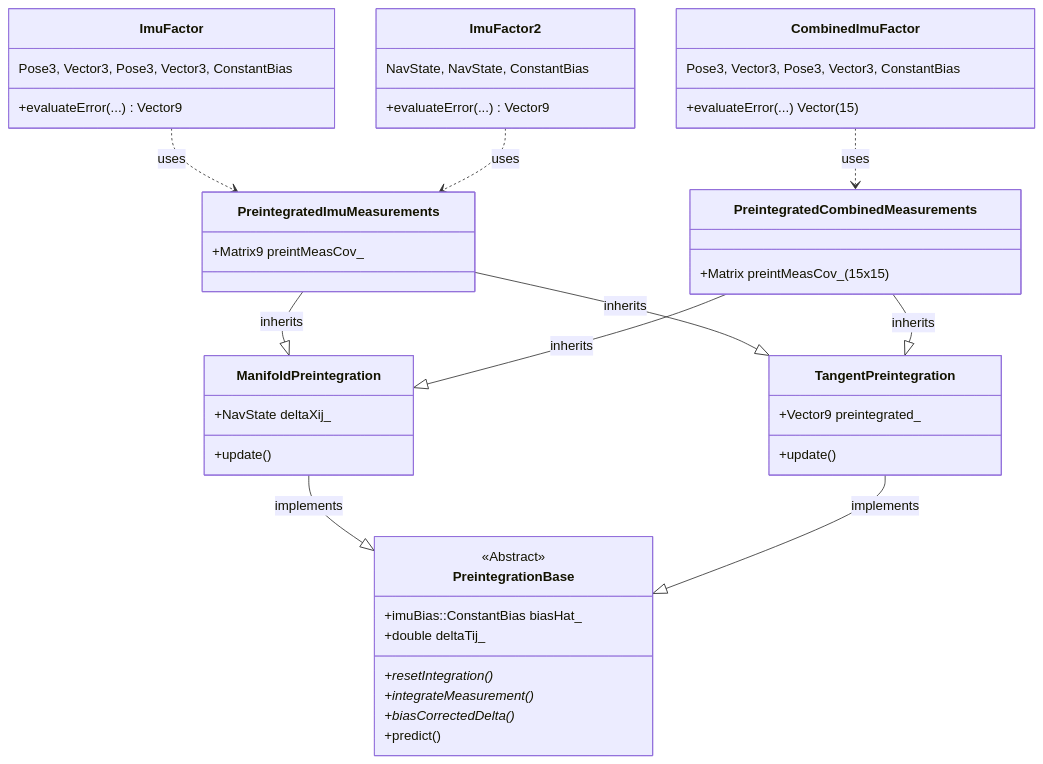
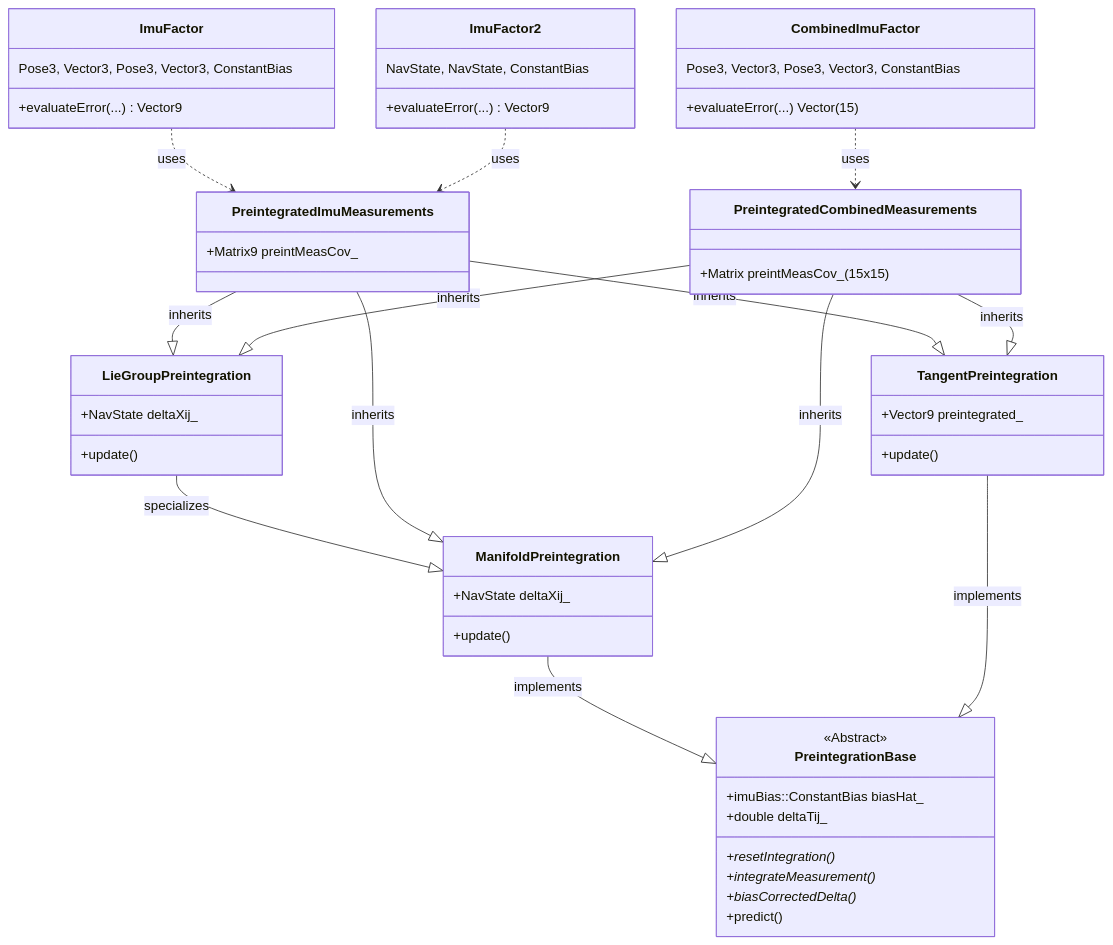
Before and after one commit to borglab/gtsam: the second of 3 diagrams in gtsam/navigation/navigation.md, drawn with Mermaid. The commit also changed other lines of this file and 16 other files, not shown here.

Commit message:
Wire Lie preintegration into factors, configuration, tests, and docs

````diff
--- a/gtsam/navigation/navigation.md
+++ b/gtsam/navigation/navigation.md
@@ -106,56 +109,64 @@
 ```mermaid
 classDiagram
     direction TD
 
     class PreintegrationBase {
         <<Abstract>>
         +imuBias::ConstantBias biasHat_
         +double deltaTij_
         +resetIntegration()*
         +integrateMeasurement()*
         +biasCorrectedDelta()*
         +predict()
     }
 
     class ManifoldPreintegration {
         +NavState deltaXij_
         +update()
     }
     ManifoldPreintegration --|> PreintegrationBase : implements
 
     class TangentPreintegration {
         +Vector9 preintegrated_
         +update()
     }
     TangentPreintegration --|> PreintegrationBase : implements
 
+    class LieGroupPreintegration {
+        +NavState deltaXij_
+        +update()
+    }
+    LieGroupPreintegration --|> ManifoldPreintegration : specializes
+
     class PreintegratedImuMeasurements {
         +Matrix9 preintMeasCov_
     }
     PreintegratedImuMeasurements --|> ManifoldPreintegration : inherits
     PreintegratedImuMeasurements --|> TangentPreintegration : inherits
+    PreintegratedImuMeasurements --|> LieGroupPreintegration : inherits
 
     class PreintegratedCombinedMeasurements {
        +Matrix preintMeasCov_ (15x15)
     }
     PreintegratedCombinedMeasurements --|> ManifoldPreintegration : inherits
     PreintegratedCombinedMeasurements --|> TangentPreintegration : inherits
+    PreintegratedCombinedMeasurements --|> LieGroupPreintegration : inherits
 
     class ImuFactor {
         Pose3, Vector3, Pose3, Vector3, ConstantBias
         +evaluateError(...) Vector9
     }
     ImuFactor ..> PreintegratedImuMeasurements : uses
     class ImuFactor2 {
         NavState, NavState, ConstantBias
         +evaluateError(...) Vector9
     }
     ImuFactor2 ..> PreintegratedImuMeasurements : uses
 
 
     class CombinedImuFactor {
         Pose3, Vector3, Pose3, Vector3, ConstantBias
          +evaluateError(...) Vector (15)
     }
     CombinedImuFactor ..> PreintegratedCombinedMeasurements : uses
 ```
````
